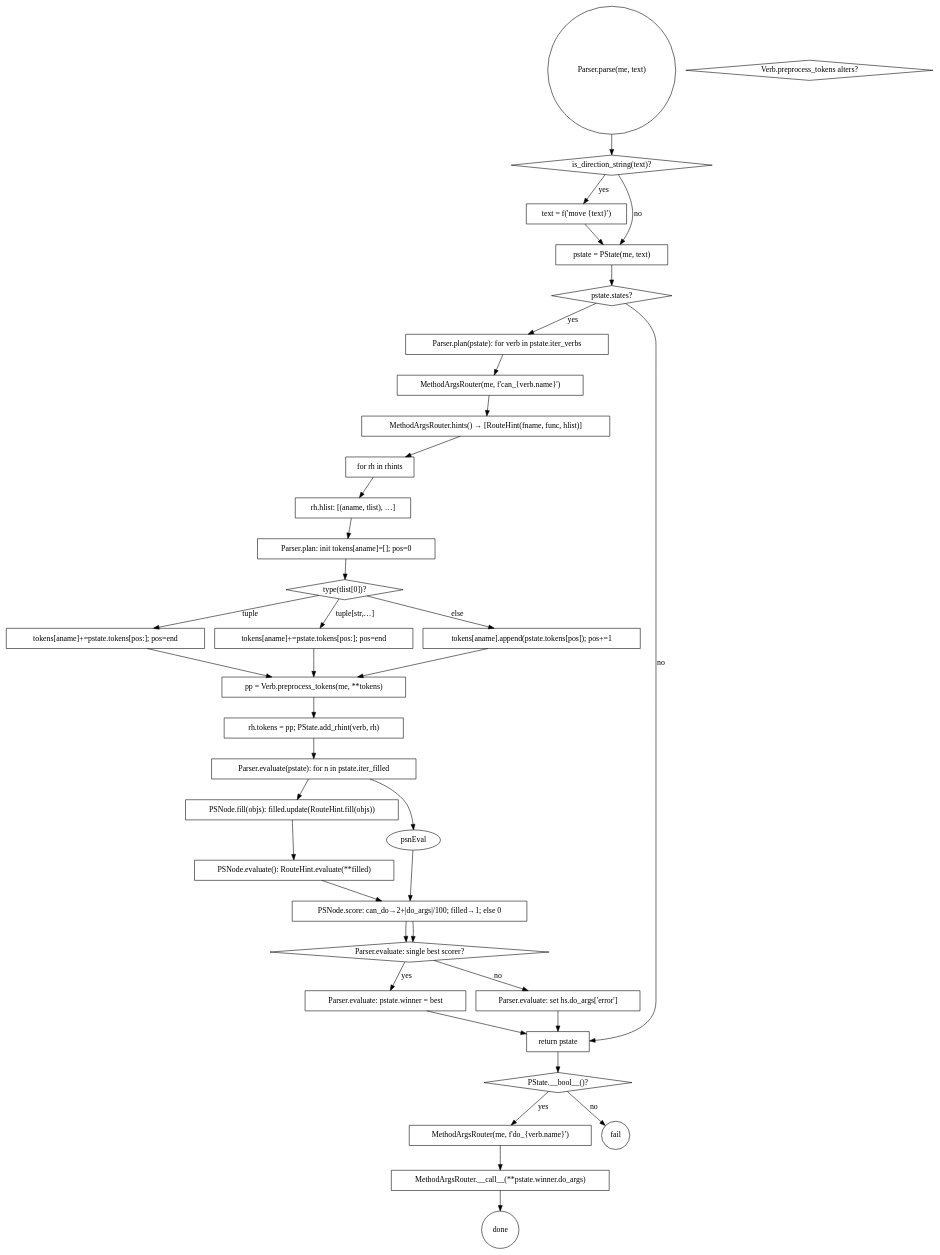
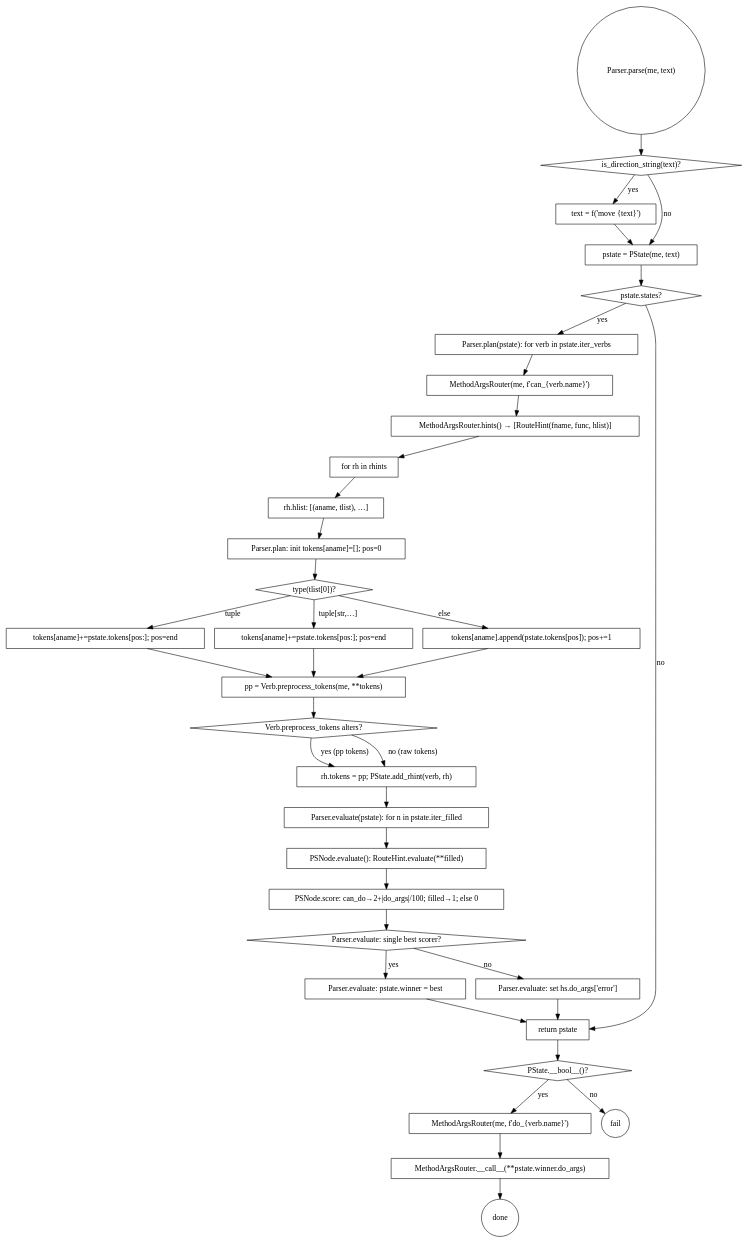
The diagram in parser.dot (jettero/space), drawn with Graphviz before and after one commit. The commit also changed 1 other file, not shown here.

Commit message:
I had the AI make a flowchart so I could try to understand the parser a little better.

```diff
--- a/parser.dot
+++ b/parser.dot
@@ -1,72 +1,72 @@
 digraph G {
   rankdir=TB;
 
   // Center on Parser.parse()
   start [shape=circle, label="Parser.parse(me, text)"];
   dirq [shape=diamond, label="is_direction_string(text)?"];
   toMoves [shape=box, label="text = f('move {text}')"];
   mkPState [shape=box, label="pstate = PState(me, text)"];
   haveStates [shape=diamond, label="pstate.states?"];
 
   // Planning phase
   plan [shape=box, label="Parser.plan(pstate): for verb in pstate.iter_verbs"];
   mrcan [shape=box, label="MethodArgsRouter(me, f'can_{verb.name}')"];
   rhints [shape=box, label="MethodArgsRouter.hints() → [RouteHint(fname, func, hlist)]"];
   rh_foreach [shape=box, label="for rh in rhints"];
   rh_hlist [shape=box, label="rh.hlist: [(aname, tlist), …]"];
   fillTok [shape=box, label="Parser.plan: init tokens[aname]=[]; pos=0"];
   tlistHead [shape=diamond, label="type(tlist[0])?"];
   tlist1 [shape=box, label="tokens[aname]+=pstate.tokens[pos:]; pos=end"];
   tlistEll [shape=box, label="tokens[aname]+=pstate.tokens[pos:]; pos=end"];
   tlistAtom [shape=box, label="tokens[aname].append(pstate.tokens[pos]); pos+=1"];
   ppNeeded [shape=diamond, label="Verb.preprocess_tokens alters?"];
   preprocess [shape=box, label="pp = Verb.preprocess_tokens(me, **tokens)"];
   attach [shape=box, label="rh.tokens = pp; PState.add_rhint(verb, rh)"];
 
   // Evaluation phase
   eval [shape=box, label="Parser.evaluate(pstate): for n in pstate.iter_filled"];
-  psnFill [shape=box, label="PSNode.fill(objs): filled.update(RouteHint.fill(objs))"];
-  evalCall [shape=box, label="PSNode.evaluate(): RouteHint.evaluate(**filled)"];
+  psnEval [shape=box, label="PSNode.evaluate(): RouteHint.evaluate(**filled)"];
   score [shape=box, label="PSNode.score: can_do→2+|do_args|/100; filled→1; else 0"];
   best [shape=diamond, label="Parser.evaluate: single best scorer?"];
   setwin [shape=box, label="Parser.evaluate: pstate.winner = best"];
   ambig [shape=box, label="Parser.evaluate: set hs.do_args['error']"];
   retp [shape=box, label="return pstate"];
 
   // Execution (outside parse)
   truthy [shape=diamond, label="PState.__bool__()?"];
   mrdo [shape=box, label="MethodArgsRouter(me, f'do_{verb.name}')"];
   invoke [shape=box, label="MethodArgsRouter.__call__(**pstate.winner.do_args)"];
   ok [shape=circle, label="done"];
   fail [shape=circle, label="fail"];
 
   start -> dirq;
   dirq -> toMoves [label="yes"];
   dirq -> mkPState [label="no"];
   toMoves -> mkPState;
   mkPState -> haveStates;
   haveStates -> retp [label="no"];
   haveStates -> plan [label="yes"];
 
   plan -> mrcan -> rhints -> rh_foreach -> rh_hlist -> fillTok -> tlistHead;
   tlistHead -> tlist1 [label="tuple"];
   tlistHead -> tlistEll [label="tuple[str,…]"];
   tlistHead -> tlistAtom [label="else"];
   tlist1 -> preprocess;
   tlistEll -> preprocess;
   tlistAtom -> preprocess;
-  preprocess -> attach;
+  preprocess -> ppNeeded;
+  ppNeeded -> attach [label="yes (pp tokens)"];
+  ppNeeded -> attach [label="no (raw tokens)"];
   attach -> eval;
-  eval -> psnFill -> evalCall -> score -> best;
   eval -> psnEval -> score -> best;
   best -> setwin [label="yes"];
   best -> ambig [label="no"];
   setwin -> retp;
   ambig -> retp;
 
   // after parse returns
   retp -> truthy;
   truthy -> mrdo [label="yes"];
   truthy -> fail [label="no"];
   mrdo -> invoke -> ok;
 }
```
